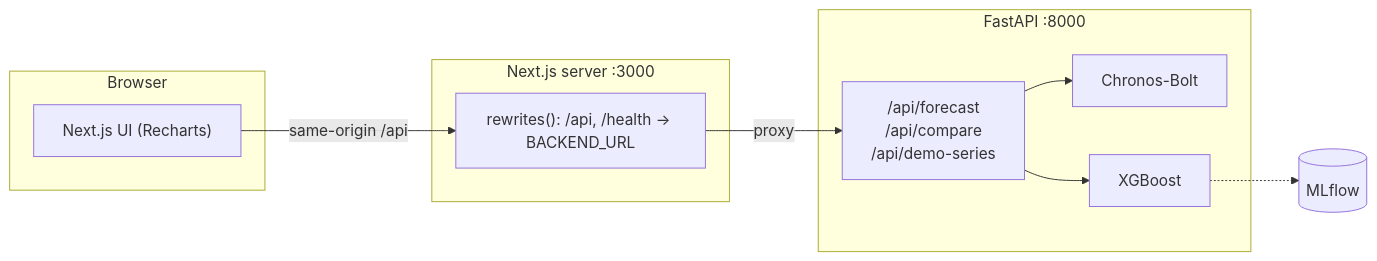
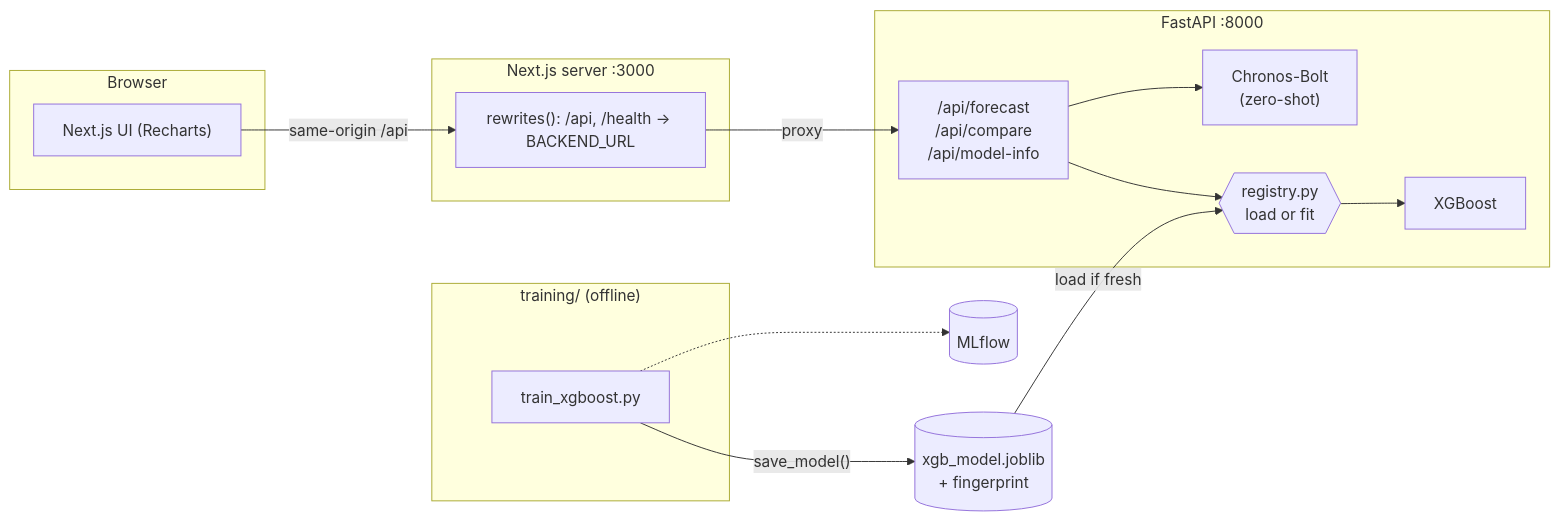
Before and after one commit to arhamchoudhary04/Daily-Sales-Forecasting: the diagram in README.md, drawn with Mermaid. The commit also changed other lines of this file and 2 other files, not shown here.

First line of the commit message:
docs: document the registry and interval metrics, add screenshots

````diff
--- a/README.md
+++ b/README.md
@@ -16,20 +16,29 @@
 ```mermaid
 flowchart LR
   subgraph Browser
     UI["Next.js UI (Recharts)"]
   end
   subgraph Frontend["Next.js server :3000"]
     RW["rewrites(): /api, /health -> BACKEND_URL"]
   end
   subgraph Backend["FastAPI :8000"]
-    API["/api/forecast<br/>/api/compare<br/>/api/demo-series"]
-    CH["Chronos-Bolt"]
+    API["/api/forecast<br/>/api/compare<br/>/api/model-info"]
+    CH["Chronos-Bolt<br/>(zero-shot)"]
+    REG{{"registry.py<br/>load or fit"}}
     XGB["XGBoost"]
     API --> CH
-    API --> XGB
+    API --> REG
+    REG --> XGB
   end
+  subgraph Training["training/ (offline)"]
+    TR["train_xgboost.py"]
+  end
+  ART[("xgb_model.joblib<br/>+ fingerprint")]
   MLflow[("MLflow")]
+
   UI -- "same-origin /api" --> RW
   RW -- proxy --> API
-  XGB -.-> MLflow
+  TR -- "save_model()" --> ART
+  ART -- "load if fresh" --> REG
+  TR -.-> MLflow
 ```
````
